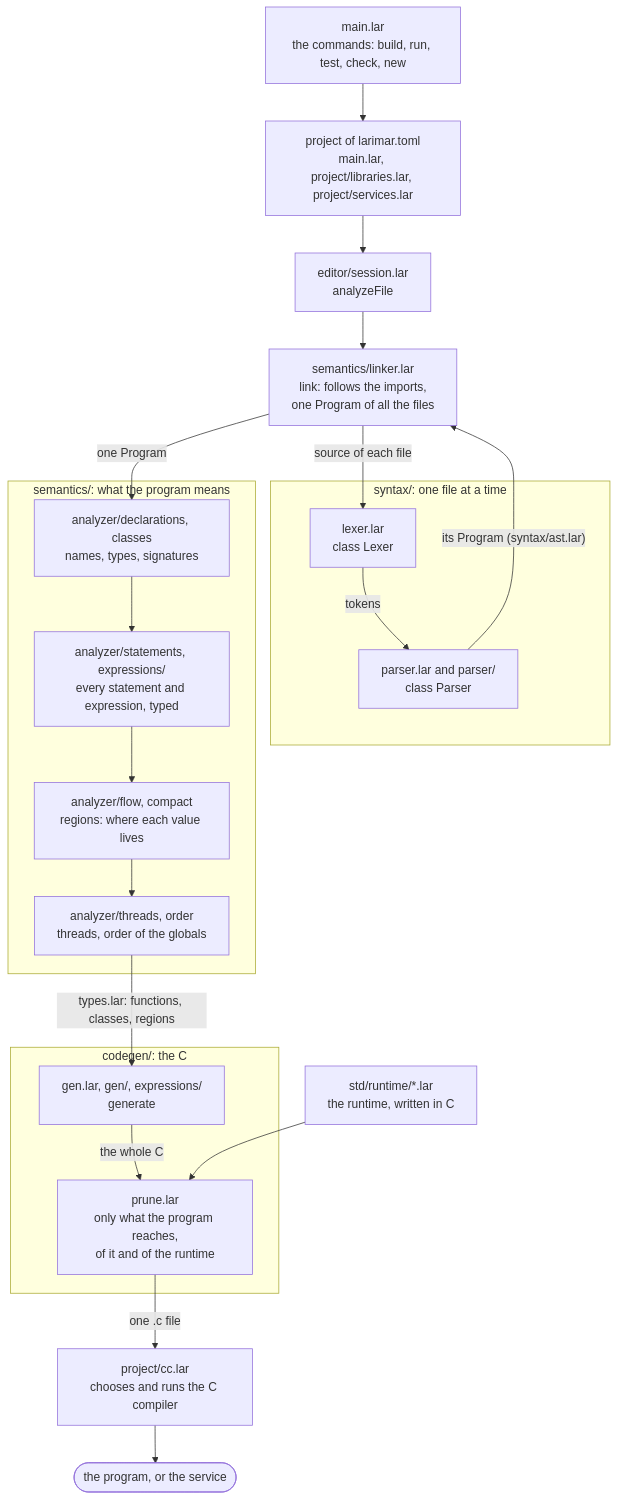
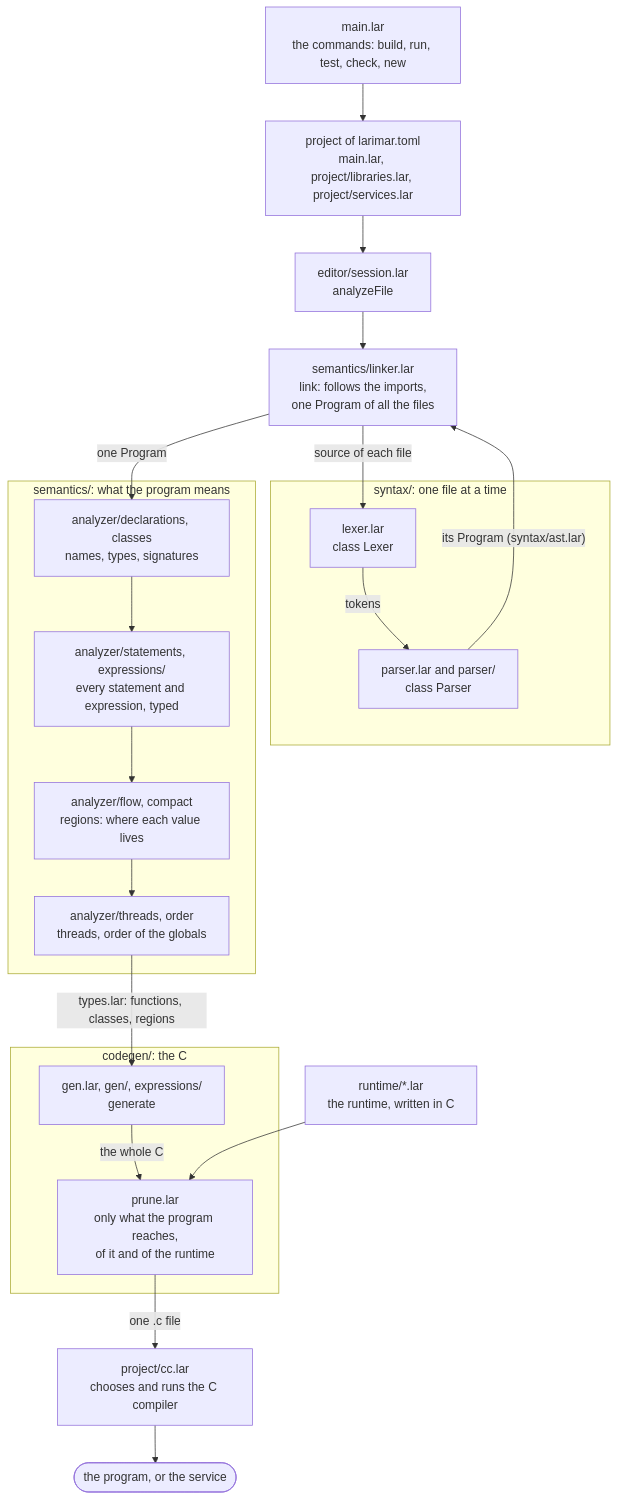
The first of 4 diagrams in CONTRIBUTING.md (zerh/larimar), drawn with Mermaid before and after one commit. The commit also changed other lines of this file and 102 other files, not shown here.

Commit message:
Larimar 1.10.0 (language 1.3): processes like threads, native interface, unsafe_c, std.platform, runtime/

````diff
--- a/CONTRIBUTING.md
+++ b/CONTRIBUTING.md
@@ -14,32 +16,32 @@
 ```mermaid
 flowchart TB
     cmd["main.lar<br/>the commands: build, run, test, check, new"]
     proj["project of larimar.toml<br/>main.lar, project/libraries.lar, project/services.lar"]
     session["editor/session.lar<br/>analyzeFile"]
     subgraph syntax["syntax/: one file at a time"]
         lexer["lexer.lar<br/>class Lexer"] -- tokens --> parser["parser.lar and parser/<br/>class Parser"]
     end
     linker["semantics/linker.lar<br/>link: follows the imports,<br/>one Program of all the files"]
     subgraph semantics["semantics/: what the program means"]
         decl["analyzer/declarations, classes<br/>names, types, signatures"]
         body["analyzer/statements, expressions/<br/>every statement and expression, typed"]
         flow["analyzer/flow, compact<br/>regions: where each value lives"]
         last["analyzer/threads, order<br/>threads, order of the globals"]
         decl --> body --> flow --> last
     end
     subgraph codegen["codegen/: the C"]
         gen["gen.lar, gen/, expressions/<br/>generate"] -- "the whole C" --> prune["prune.lar<br/>only what the program reaches,<br/>of it and of the runtime"]
     end
-    runtime["std/runtime/*.lar<br/>the runtime, written in C"]
+    runtime["runtime/*.lar<br/>the runtime, written in C"]
     cc["project/cc.lar<br/>chooses and runs the C compiler"]
     exe(["the program, or the service"])
 
     cmd --> proj --> session
     session --> linker
     linker -- "source of each file" --> lexer
     parser -- "its Program (syntax/ast.lar)" --> linker
     linker -- "one Program" --> decl
     last -- "types.lar: functions, classes, regions" --> gen
     runtime --> prune
     prune -- "one .c file" --> cc --> exe
 ```
````
